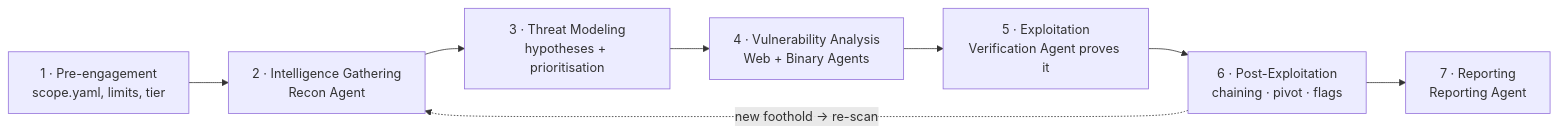
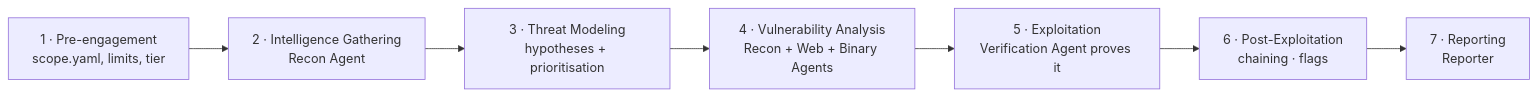
Before and after one commit to hrdk6/Mitigata-Hackathon: the sixth of 10 diagrams in README.md, drawn with Mermaid. The commit also changed other lines of this file and 1 other file, not shown here.

````diff
--- a/README.md
+++ b/README.md
@@ -459,12 +455,11 @@
 ```mermaid
 flowchart LR
     P1["1 · Pre-engagement<br/>scope.yaml, limits, tier"]
     P2["2 · Intelligence Gathering<br/>Recon Agent"]
     P3["3 · Threat Modeling<br/>hypotheses + prioritisation"]
-    P4["4 · Vulnerability Analysis<br/>Web + Binary Agents"]
+    P4["4 · Vulnerability Analysis<br/>Recon + Web + Binary Agents"]
     P5["5 · Exploitation<br/>Verification Agent proves it"]
-    P6["6 · Post-Exploitation<br/>chaining · pivot · flags"]
-    P7["7 · Reporting<br/>Reporting Agent"]
+    P6["6 · Post-Exploitation<br/>chaining · flags"]
+    P7["7 · Reporting<br/>Reporter"]
     P1 --> P2 --> P3 --> P4 --> P5 --> P6 --> P7
-    P6 -.->|"new foothold → re-scan"| P2
 ```
````
